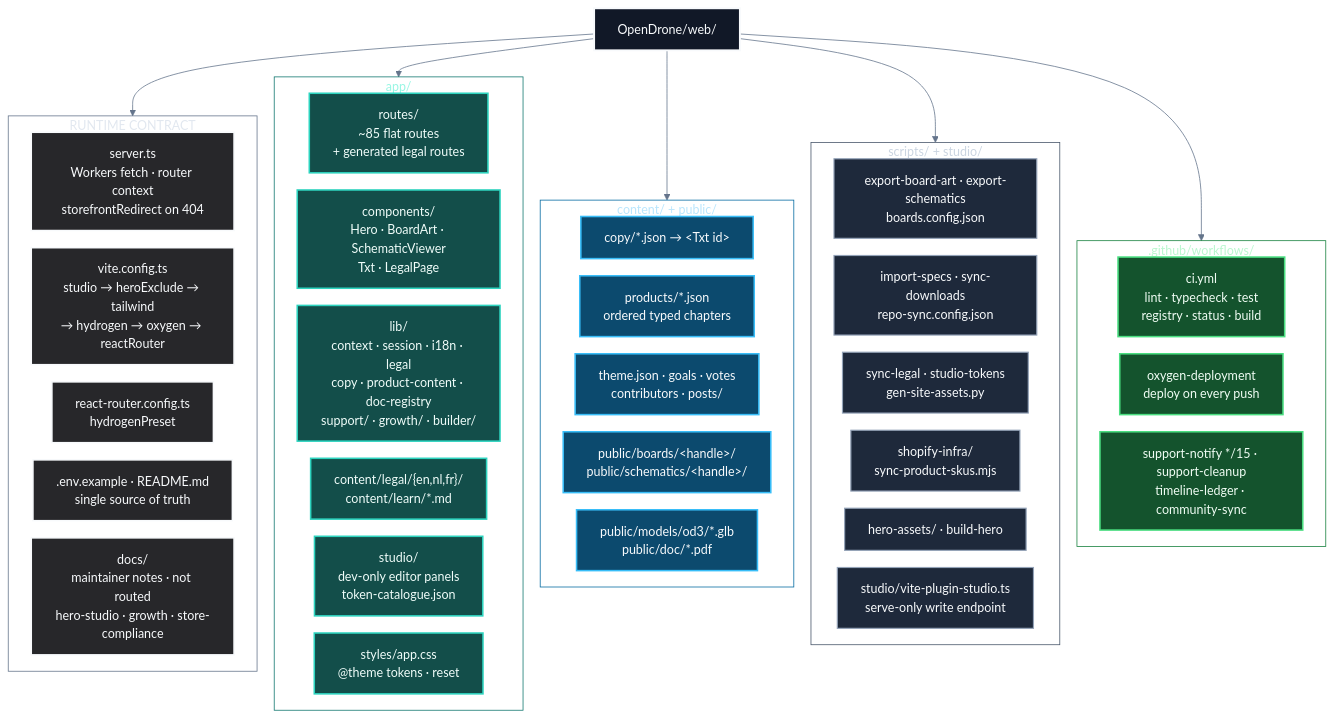
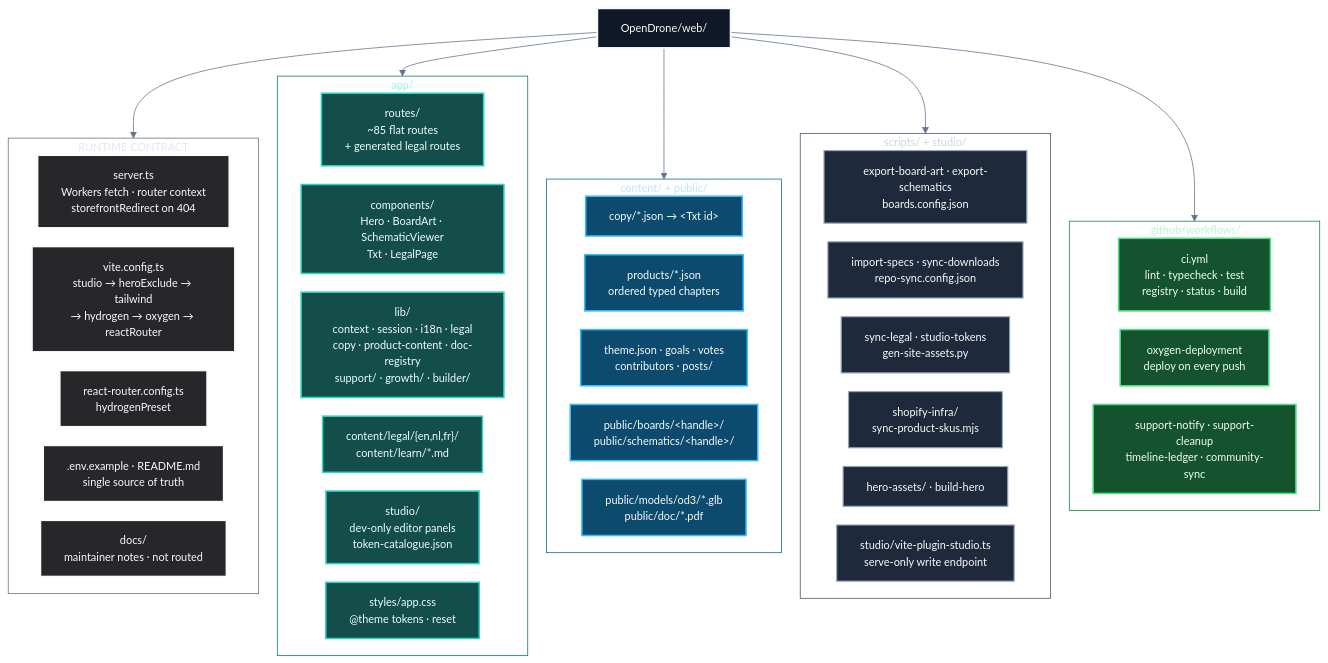
One commit to OpenDrone-hw/OpenDrone-Web changed the second of 5 diagrams in OVERVIEW.md. Above: the diagram before and after it, drawn with Mermaid. The commit also changed other lines of this file, not shown here.

````diff
--- a/OVERVIEW.md
+++ b/OVERVIEW.md
@@ -45,76 +43,76 @@
 ```mermaid
-%%{init: {"theme": "base", "themeVariables": {"background": "#0b1120", "lineColor": "#64748b", "fontFamily": "Inter, ui-sans-serif, system-ui"}, "flowchart": {"curve": "basis", "nodeSpacing": 22, "rankSpacing": 34}}}%%
+%%{init: {"theme": "base", "themeVariables": {"background": "#0b1120", "lineColor": "#64748b", "primaryTextColor": "#f8fafc", "edgeLabelBackground": "#0b1120", "fontSize": "14px"}, "flowchart": {"curve": "basis", "nodeSpacing": 24, "rankSpacing": 36}}}%%
 flowchart TB
     ROOT["OpenDrone/web/"]
 
     ROOT --> RT
     ROOT --> APP
     ROOT --> CONTENT
     ROOT --> PIPE
     ROOT --> CI
 
     subgraph RT["RUNTIME CONTRACT"]
         direction LR
         R1["server.ts<br/>Workers fetch · router context<br/>storefrontRedirect on 404"]
         R2["vite.config.ts<br/>studio → heroExclude → tailwind<br/>→ hydrogen → oxygen → reactRouter"]
         R3["react-router.config.ts<br/>hydrogenPreset"]
         R4[".env.example · README.md<br/>single source of truth"]
-        R5["docs/<br/>maintainer notes · not routed<br/>hero-studio · growth · store-compliance"]
+        R5["docs/<br/>maintainer notes · not routed"]
     end
 
     subgraph APP["app/"]
         direction LR
         A1["routes/<br/>~85 flat routes<br/>+ generated legal routes"]
         A2["components/<br/>Hero · BoardArt · SchematicViewer<br/>Txt · LegalPage"]
         A3["lib/<br/>context · session · i18n · legal<br/>copy · product-content · doc-registry<br/>support/ · growth/ · builder/"]
         A4["content/legal/{en,nl,fr}/<br/>content/learn/*.md"]
         A5["studio/<br/>dev-only editor panels<br/>token-catalogue.json"]
         A6["styles/app.css<br/>@theme tokens · reset"]
     end
 
     subgraph CONTENT["content/ + public/"]
         direction LR
         C1["copy/*.json → &lt;Txt id&gt;"]
         C2["products/*.json<br/>ordered typed chapters"]
         C3["theme.json · goals · votes<br/>contributors · posts/"]
         C4["public/boards/&lt;handle&gt;/<br/>public/schematics/&lt;handle&gt;/"]
         C5["public/models/od3/*.glb<br/>public/doc/*.pdf"]
     end
 
     subgraph PIPE["scripts/ + studio/"]
         direction LR
         P1["export-board-art · export-schematics<br/>boards.config.json"]
         P2["import-specs · sync-downloads<br/>repo-sync.config.json"]
         P3["sync-legal · studio-tokens<br/>gen-site-assets.py"]
         P4["shopify-infra/<br/>sync-product-skus.mjs"]
         P5["hero-assets/ · build-hero"]
         P6["studio/vite-plugin-studio.ts<br/>serve-only write endpoint"]
     end
 
     subgraph CI[".github/workflows/"]
         direction LR
         W1["ci.yml<br/>lint · typecheck · test<br/>registry · status · build"]
         W2["oxygen-deployment<br/>deploy on every push"]
-        W3["support-notify */15 · support-cleanup<br/>timeline-ledger · community-sync"]
+        W3["support-notify · support-cleanup<br/>timeline-ledger · community-sync"]
     end
 
     classDef root fill:#111827,stroke:#f8fafc,color:#f8fafc,stroke-width:2.5px;
     classDef rt fill:#27272a,stroke:#f8fafc,color:#f8fafc,stroke-width:2px;
     classDef app fill:#134e4a,stroke:#2dd4bf,color:#f0fdfa,stroke-width:2px;
     classDef content fill:#0c4a6e,stroke:#38bdf8,color:#f8fafc,stroke-width:2px;
     classDef pipe fill:#1e293b,stroke:#94a3b8,color:#f8fafc,stroke-width:1.5px;
     classDef ci fill:#14532d,stroke:#4ade80,color:#f0fdf4,stroke-width:2px;
 
     class ROOT root;
     class R1,R2,R3,R4,R5 rt;
     class A1,A2,A3,A4,A5,A6 app;
     class C1,C2,C3,C4,C5 content;
     class P1,P2,P3,P4,P5,P6 pipe;
     class W1,W2,W3 ci;
 
     style RT fill:transparent,stroke:#64748b,color:#e2e8f0;
     style APP fill:transparent,stroke:#0f766e,color:#99f6e4;
     style CONTENT fill:transparent,stroke:#0369a1,color:#bae6fd;
     style PIPE fill:transparent,stroke:#475569,color:#cbd5e1;
     style CI fill:transparent,stroke:#15803d,color:#bbf7d0;
 ```
````
